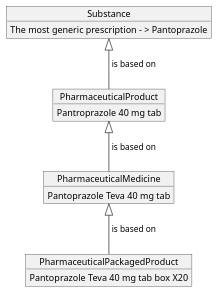
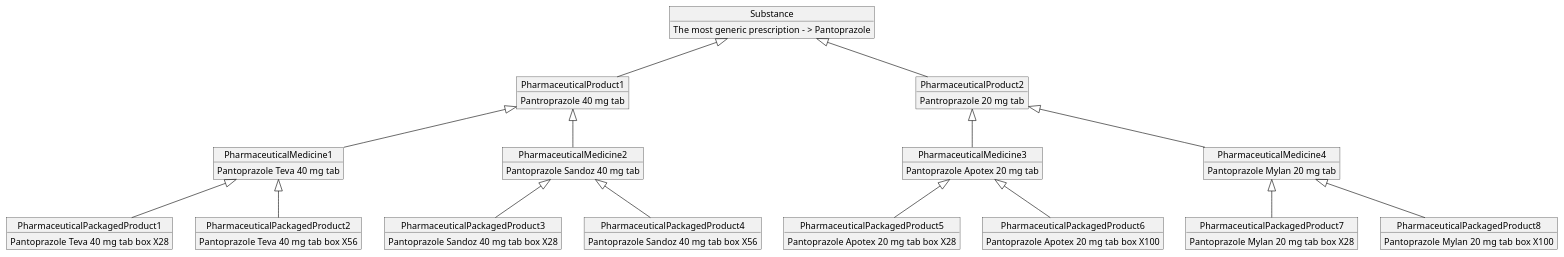
The diagram in input/images-source/medication-level.plantuml (costateixeira/hl7-be-fhir-medication), drawn with PlantUML before and after one commit.

```diff
--- a/input/images-source/medication-level.plantuml
+++ b/input/images-source/medication-level.plantuml
@@ -1,17 +1,59 @@
 @startuml
 object Substance
-object PharmaceuticalProduct
-object PharmaceuticalMedicine
-object PharmaceuticalPackagedProduct
+object PharmaceuticalProduct1
+object PharmaceuticalProduct2
+object PharmaceuticalMedicine1
+object PharmaceuticalMedicine2
+object PharmaceuticalMedicine3
+object PharmaceuticalMedicine4
+object PharmaceuticalPackagedProduct1
+object PharmaceuticalPackagedProduct2
+object PharmaceuticalPackagedProduct3
+object PharmaceuticalPackagedProduct4
+object PharmaceuticalPackagedProduct5
+object PharmaceuticalPackagedProduct6
+object PharmaceuticalPackagedProduct7
+object PharmaceuticalPackagedProduct8
+
+Substance : The most generic prescription - > Pantoprazole
+PharmaceuticalProduct1 : Pantroprazole 40 mg tab
+PharmaceuticalProduct2 : Pantroprazole 20 mg tab
+
+PharmaceuticalMedicine1 : Pantoprazole Teva 40 mg tab 
+PharmaceuticalMedicine2 : Pantoprazole Sandoz 40 mg tab 
+
+PharmaceuticalMedicine3 : Pantoprazole Apotex 20 mg tab 
+PharmaceuticalMedicine4 : Pantoprazole Mylan 20 mg tab 
+
+PharmaceuticalPackagedProduct1 : Pantoprazole Teva 40 mg tab box X28
+PharmaceuticalPackagedProduct2 : Pantoprazole Teva 40 mg tab box X56
+
+PharmaceuticalPackagedProduct3 : Pantoprazole Sandoz 40 mg tab box X28
+PharmaceuticalPackagedProduct4 : Pantoprazole Sandoz 40 mg tab box X56
+
+PharmaceuticalPackagedProduct5 : Pantoprazole Apotex 20 mg tab box X28
+PharmaceuticalPackagedProduct6 : Pantoprazole Apotex 20 mg tab box X100
+
+PharmaceuticalPackagedProduct7 : Pantoprazole Mylan 20 mg tab box X28
+PharmaceuticalPackagedProduct8 : Pantoprazole Mylan 20 mg tab box X100
+
+Substance <|--  PharmaceuticalProduct1 
+Substance <|--  PharmaceuticalProduct2 
+
+PharmaceuticalProduct1 <|--  PharmaceuticalMedicine1 
+PharmaceuticalProduct1 <|--  PharmaceuticalMedicine2 
+PharmaceuticalProduct2 <|--  PharmaceuticalMedicine3 
+PharmaceuticalProduct2 <|--  PharmaceuticalMedicine4 
+
+PharmaceuticalMedicine1 <|--  PharmaceuticalPackagedProduct1 
+PharmaceuticalMedicine1 <|--  PharmaceuticalPackagedProduct2 
+PharmaceuticalMedicine2 <|--  PharmaceuticalPackagedProduct3 
+PharmaceuticalMedicine2 <|--  PharmaceuticalPackagedProduct4 
+PharmaceuticalMedicine3 <|--  PharmaceuticalPackagedProduct5 
+PharmaceuticalMedicine3 <|--  PharmaceuticalPackagedProduct6
+PharmaceuticalMedicine4 <|--  PharmaceuticalPackagedProduct7 
+PharmaceuticalMedicine4 <|--  PharmaceuticalPackagedProduct8
 
 
-Substance : The most generic prescription - > Pantoprazole
-PharmaceuticalProduct : Pantroprazole 40 mg tab
-PharmaceuticalMedicine : Pantoprazole Teva 40 mg tab 
-PharmaceuticalPackagedProduct : Pantoprazole Teva 40 mg tab box X20
-
-Substance <|--  PharmaceuticalProduct : " is based on" 
-PharmaceuticalProduct <|--  PharmaceuticalMedicine : " is based on" 
-PharmaceuticalMedicine <|--  PharmaceuticalPackagedProduct : " is based on" 
 
 @enduml
```
